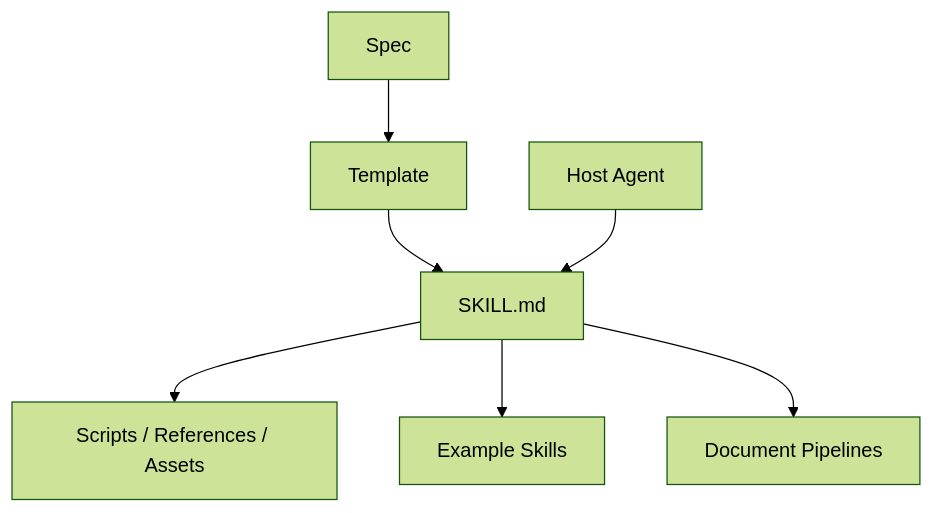
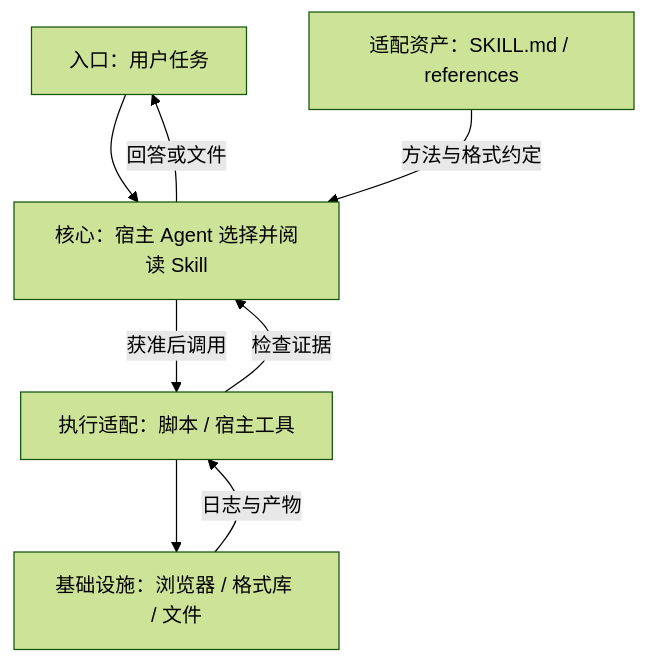
The first of 2 diagrams in src/content/writing/anthropic-skills-overview.md (MarkingYang/aidea-lab), drawn with Mermaid (forest theme) before and after one commit. The commit also changed other lines of this file and 37 other files, not shown here.

````diff
--- a/src/content/writing/anthropic-skills-overview.md
+++ b/src/content/writing/anthropic-skills-overview.md
@@ -18,9 +26,10 @@
 ```mermaid
 flowchart TB
-    S[Spec] --> T[Template]
-    T --> K[SKILL.md]
-    K --> R[Scripts / References / Assets]
-    K --> E[Example Skills]
-    K --> D[Document Pipelines]
-    H[Host Agent] --> K
+ U[入口：用户任务] --> H[核心：宿主 Agent 选择并阅读 Skill]
+ R[适配资产：SKILL.md / references] -->|方法与格式约定| H
+ H -->|获准后调用| T[执行适配：脚本 / 宿主工具]
+ T --> I[基础设施：浏览器 / 格式库 / 文件]
+ I -->|日志与产物| T
+ T -->|检查证据| H
+ H -->|回答或文件| U
 ```
````
